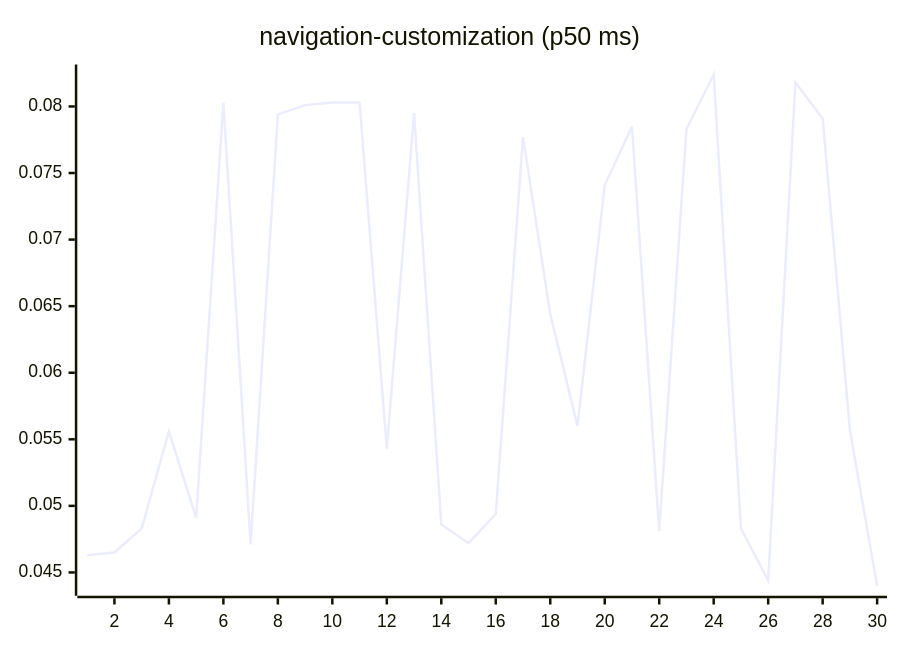
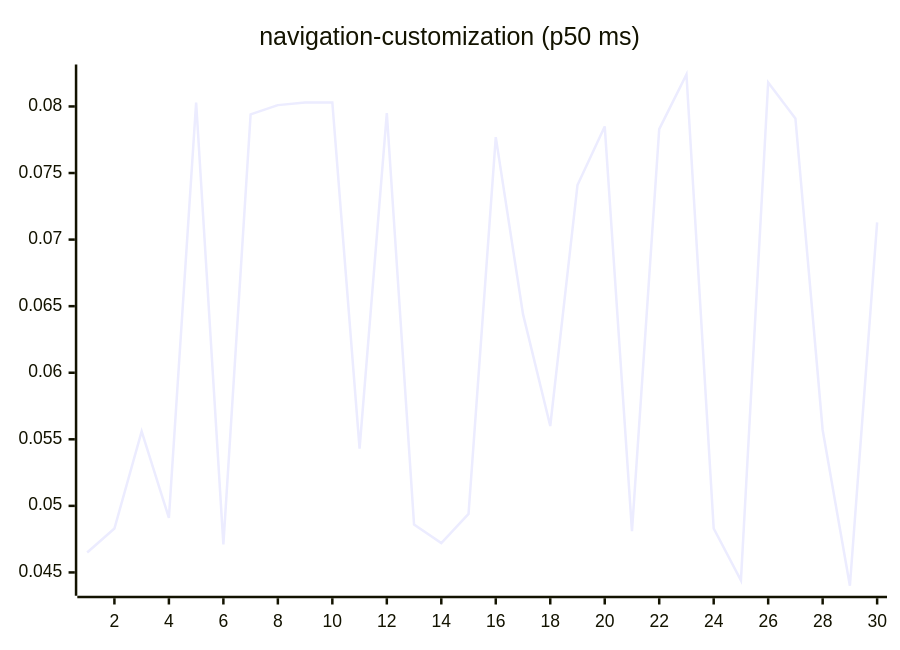
Diagram 15 of 27 in README.md (josha/Facet), drawn with Mermaid before and after one commit. The commit also changed other lines of this file and 2 other files, not shown here.

````diff
--- a/README.md
+++ b/README.md
@@ -161,6 +161,6 @@
 ```mermaid
 xychart-beta
     title "navigation-customization (p50 ms)"
     x-axis 1 --> 30
-    line [0.0463, 0.0465, 0.0483, 0.0556, 0.0491, 0.0803, 0.0471, 0.0794, 0.0801, 0.0803, 0.0803, 0.0543, 0.0795, 0.0486, 0.0472, 0.0494, 0.0777, 0.0644, 0.0560, 0.0741, 0.0785, 0.0481, 0.0783, 0.0824, 0.0483, 0.0444, 0.0818, 0.0791, 0.0557, 0.0440]
+    line [0.0465, 0.0483, 0.0556, 0.0491, 0.0803, 0.0471, 0.0794, 0.0801, 0.0803, 0.0803, 0.0543, 0.0795, 0.0486, 0.0472, 0.0494, 0.0777, 0.0644, 0.0560, 0.0741, 0.0785, 0.0481, 0.0783, 0.0824, 0.0483, 0.0444, 0.0818, 0.0791, 0.0557, 0.0440, 0.0713]
 ```
````
